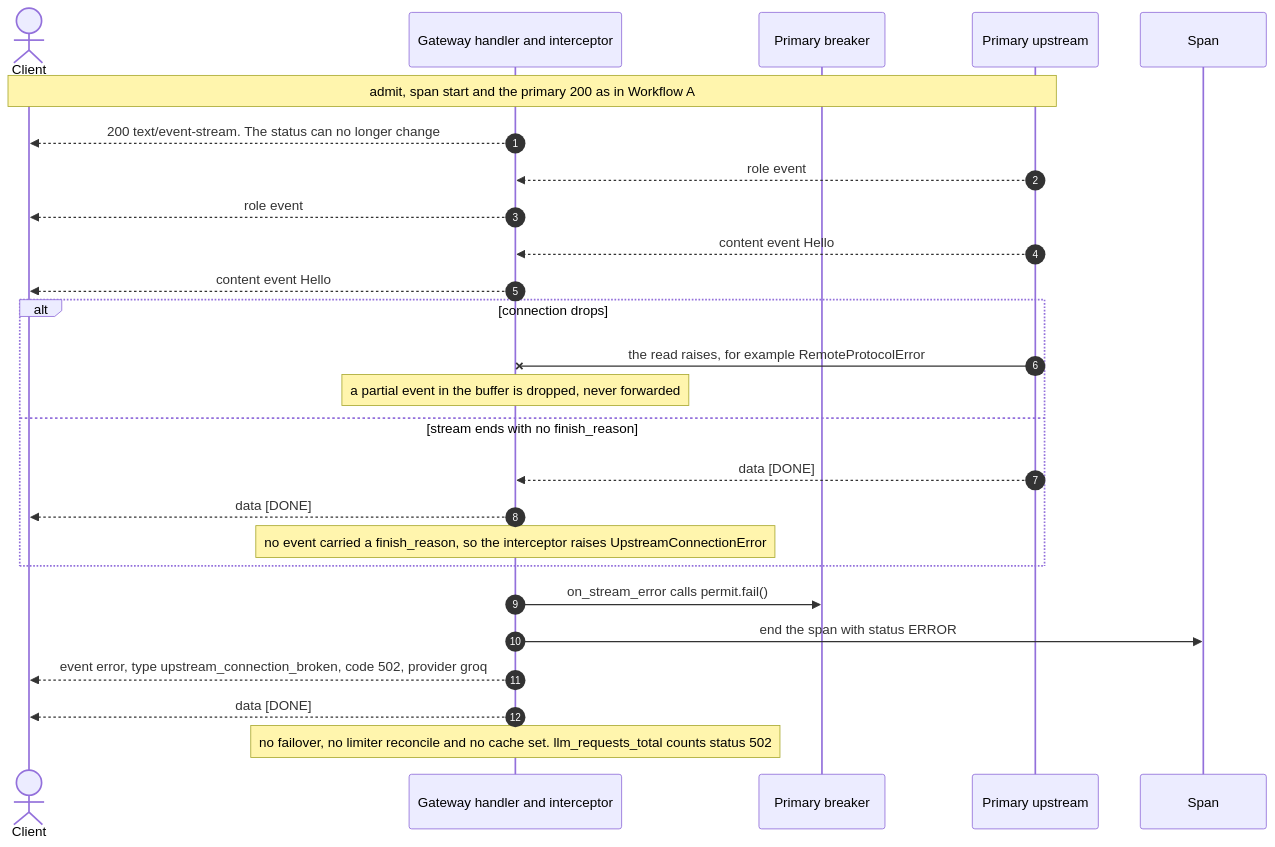
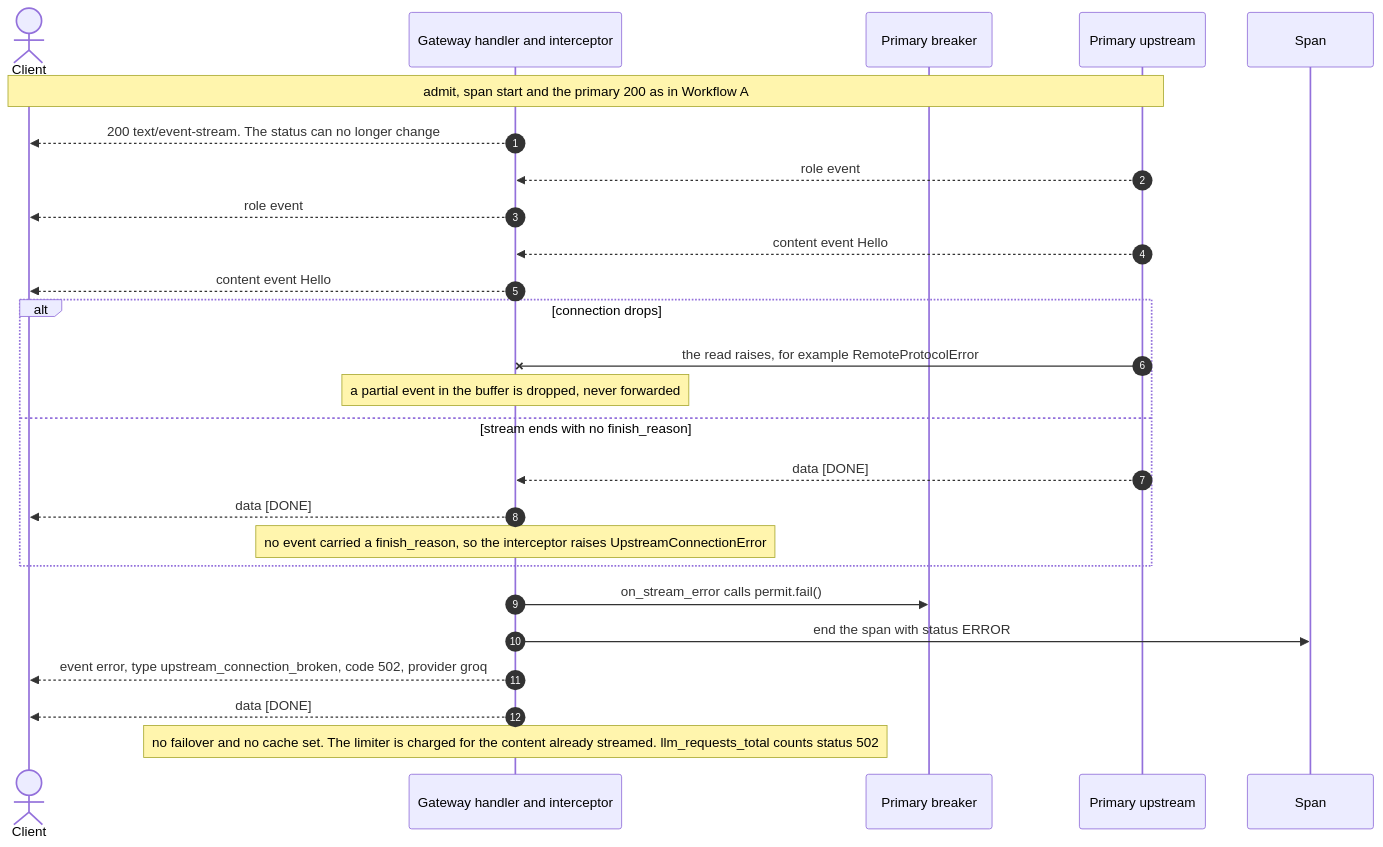
The fifth of 6 diagrams in WORKFLOW_AND_LIFECYCLE.md (OmChauhan9/ai-gateway-streaming), drawn with Mermaid before and after one commit. The commit also changed other lines of this file and 3 other files, not shown here.

````diff
--- a/WORKFLOW_AND_LIFECYCLE.md
+++ b/WORKFLOW_AND_LIFECYCLE.md
@@ -379,29 +379,29 @@
 ```mermaid
 sequenceDiagram
     autonumber
     actor Client
     participant GW as Gateway handler and interceptor
     participant PB as Primary breaker
     participant Pri as Primary upstream
     participant Tel as Span
 
     Note over Client,Pri: admit, span start and the primary 200 as in Workflow A
     GW-->>Client: 200 text/event-stream. The status can no longer change
     Pri-->>GW: role event
     GW-->>Client: role event
     Pri-->>GW: content event Hello
     GW-->>Client: content event Hello
     alt connection drops
         Pri-xGW: the read raises, for example RemoteProtocolError
         Note over GW: a partial event in the buffer is dropped, never forwarded
     else stream ends with no finish_reason
         Pri-->>GW: data [DONE]
         GW-->>Client: data [DONE]
         Note over GW: no event carried a finish_reason, so the interceptor raises UpstreamConnectionError
     end
     GW->>PB: on_stream_error calls permit.fail()
     GW->>Tel: end the span with status ERROR
     GW-->>Client: event error, type upstream_connection_broken, code 502, provider groq
     GW-->>Client: data [DONE]
-    Note over GW: no failover, no limiter reconcile and no cache set. llm_requests_total counts status 502
+    Note over GW: no failover and no cache set. The limiter is charged for the content already streamed. llm_requests_total counts status 502
 ```
````
